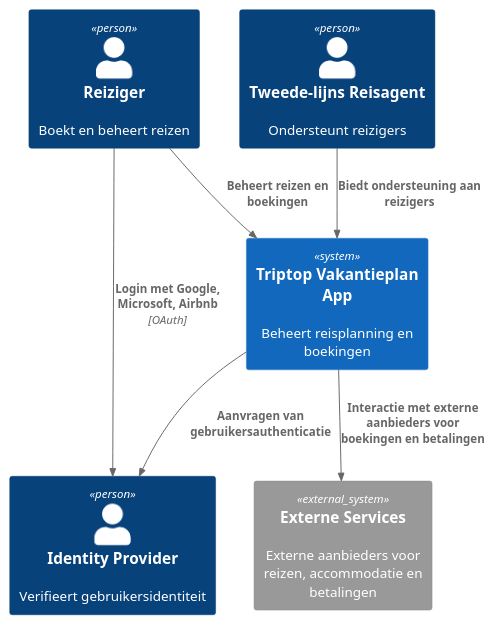
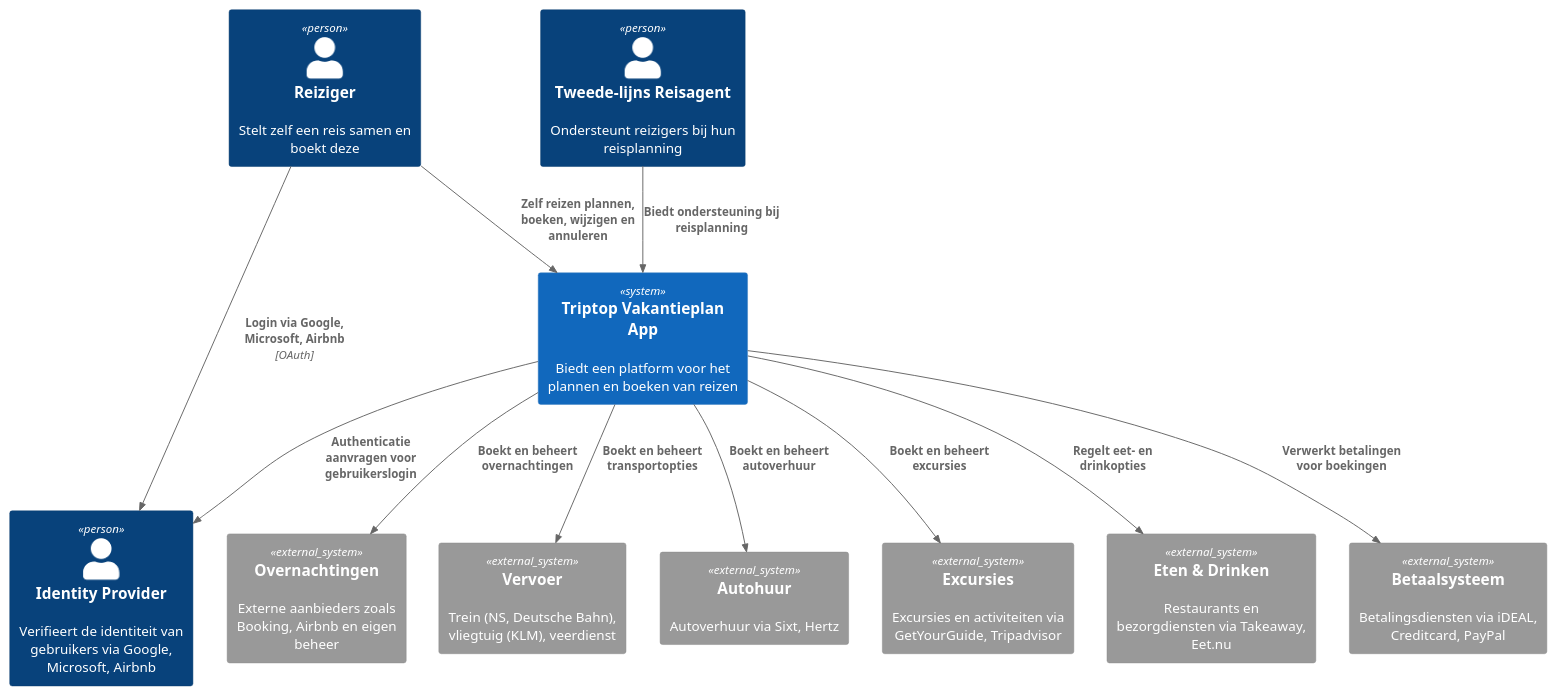
One commit to AIM-ENE-feb25/triptop-sqr-tech changed the diagram in software-guidebook/plantuml.md. Above: the diagram before and after it, drawn with PlantUML.

Commit message:
aanpassing voor kwaliteit

```diff
--- a/software-guidebook/plantuml.md
+++ b/software-guidebook/plantuml.md
@@ -1,22 +1,32 @@
 @startuml C4_Context
 !include https://raw.githubusercontent.com/plantuml-stdlib/C4-PlantUML/master/C4_Context.puml
 
 ' Definieer de personen
-Person(User, "Reiziger", "Boekt en beheert reizen")
-Person(Agent, "Tweede-lijns Reisagent", "Ondersteunt reizigers")
-Person(IDP, "Identity Provider", "Verifieert gebruikersidentiteit")
+Person(User, "Reiziger", "Stelt zelf een reis samen en boekt deze")
+Person(Agent, "Tweede-lijns Reisagent", "Ondersteunt reizigers bij hun reisplanning")
+Person(IDP, "Identity Provider", "Verifieert de identiteit van gebruikers via Google, Microsoft, Airbnb")
 
 ' Definieer het systeem (Triptop)
-System(TriptopApp, "Triptop Vakantieplan App", "Beheert reisplanning en boekingen")
+System(TriptopApp, "Triptop Vakantieplan App", "Biedt een platform voor het plannen en boeken van reizen")
 
 ' Definieer externe systemen
-System_Ext(Services, "Externe Services", "Externe aanbieders voor reizen, accommodatie en betalingen")
+System_Ext(Accommodation, "Overnachtingen", "Externe aanbieders zoals Booking, Airbnb en eigen beheer")
+System_Ext(Transport, "Vervoer", "Trein (NS, Deutsche Bahn), vliegtuig (KLM), veerdienst")
+System_Ext(CarRental, "Autohuur", "Autoverhuur via Sixt, Hertz")
+System_Ext(Activities, "Excursies", "Excursies en activiteiten via GetYourGuide, Tripadvisor")
+System_Ext(Food, "Eten & Drinken", "Restaurants en bezorgdiensten via Takeaway, Eet.nu")
+System_Ext(Payment, "Betaalsysteem", "Betalingsdiensten via iDEAL, Creditcard, PayPal")
 
 ' Relaties tussen de componenten
-Rel(User, IDP, "Login met Google, Microsoft, Airbnb", "OAuth")
-Rel(User, TriptopApp, "Beheert reizen en boekingen")
-Rel(Agent, TriptopApp, "Biedt ondersteuning aan reizigers")
-Rel(TriptopApp, Services, "Interactie met externe aanbieders voor boekingen en betalingen")
-Rel(TriptopApp, IDP, "Aanvragen van gebruikersauthenticatie")
+Rel(User, IDP, "Login via Google, Microsoft, Airbnb", "OAuth")
+Rel(User, TriptopApp, "Zelf reizen plannen, boeken, wijzigen en annuleren")
+Rel(Agent, TriptopApp, "Biedt ondersteuning bij reisplanning")
+Rel(TriptopApp, IDP, "Authenticatie aanvragen voor gebruikerslogin")
+Rel(TriptopApp, Accommodation, "Boekt en beheert overnachtingen")
+Rel(TriptopApp, Transport, "Boekt en beheert transportopties")
+Rel(TriptopApp, CarRental, "Boekt en beheert autoverhuur")
+Rel(TriptopApp, Activities, "Boekt en beheert excursies")
+Rel(TriptopApp, Food, "Regelt eet- en drinkopties")
+Rel(TriptopApp, Payment, "Verwerkt betalingen voor boekingen")
 
 @enduml
```
